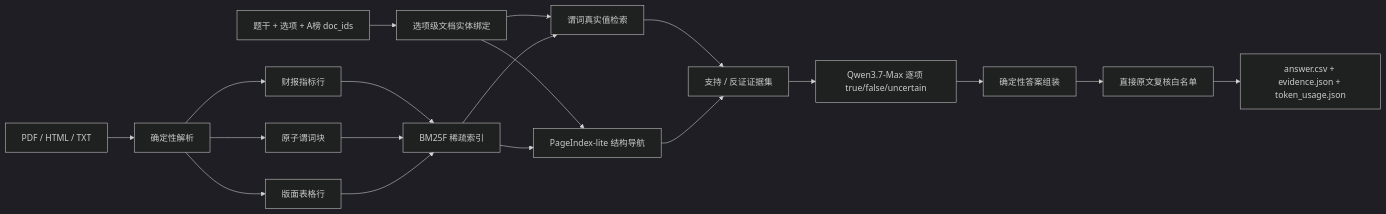
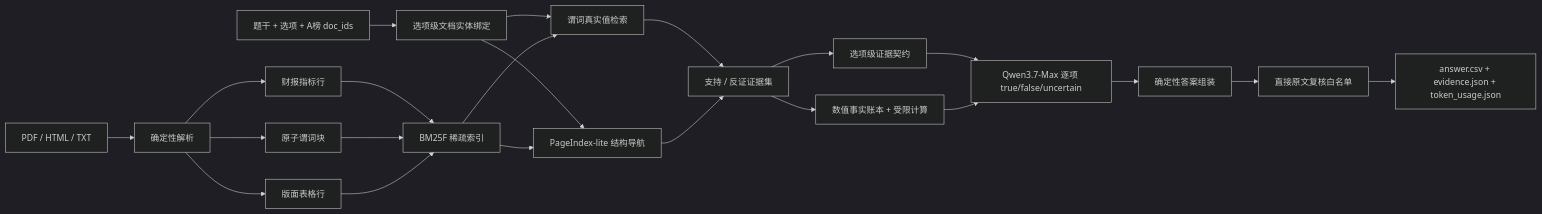
One commit to ch04wangyj/afac2026-financial-longtext-agent changed the diagram in README.md. Above: the diagram before and after it, drawn with Mermaid (dark theme). The commit also changed other lines of this file and 26 other files, not shown here.

````diff
--- a/README.md
+++ b/README.md
@@ -30,21 +31,24 @@
 ```mermaid
 flowchart LR
     A["PDF / HTML / TXT"] --> B["确定性解析"]
     B --> C["财报指标行"]
     B --> D["原子谓词块"]
     B --> E["版面表格行"]
     C --> F["BM25F 稀疏索引"]
     D --> F
     E --> F
     Q["题干 + 选项 + A榜 doc_ids"] --> S["选项级文档实体绑定"]
     S --> R1["谓词真实值检索"]
     S --> R2["PageIndex-lite 结构导航"]
     F --> R1
     F --> R2
     R1 --> G["支持 / 反证证据集"]
     R2 --> G
-    G --> H["Qwen3.7-Max 逐项 true/false/uncertain"]
+    G --> EC["选项级证据契约"]
+    EC --> H["Qwen3.7-Max 逐项 true/false/uncertain"]
+    G --> FL["数值事实账本 + 受限计算"]
+    FL --> H
     H --> I["确定性答案组装"]
     I --> J["直接原文复核白名单"]
     J --> K["answer.csv + evidence.json + token_usage.json"]
 ```
````
